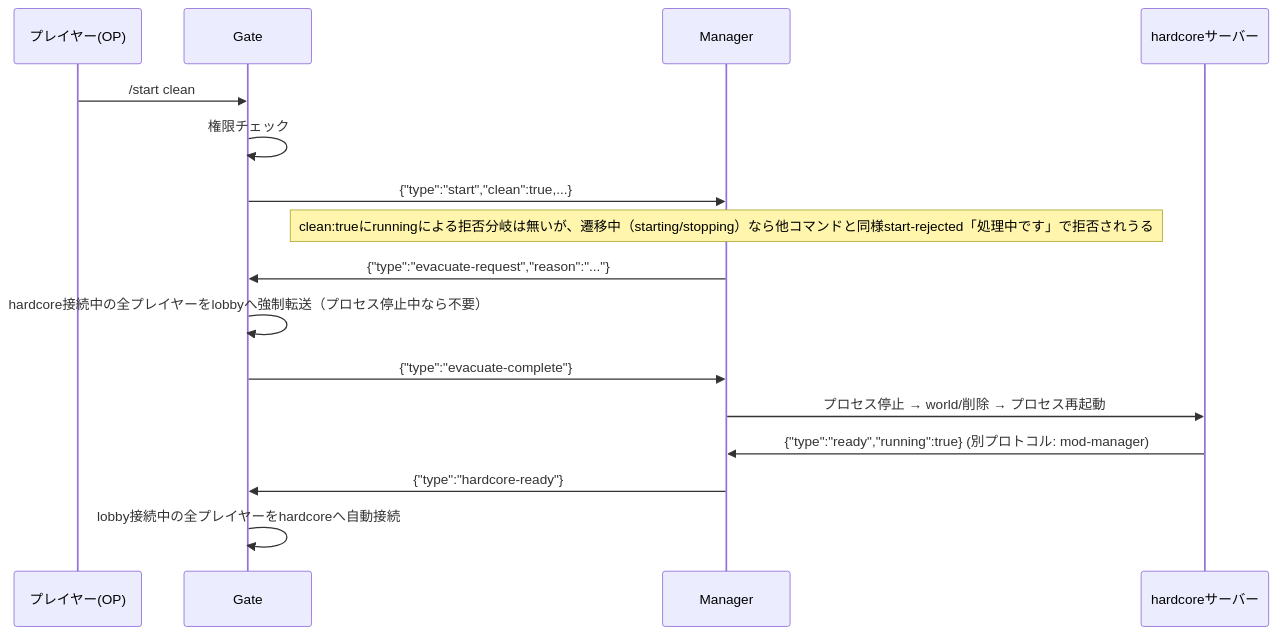
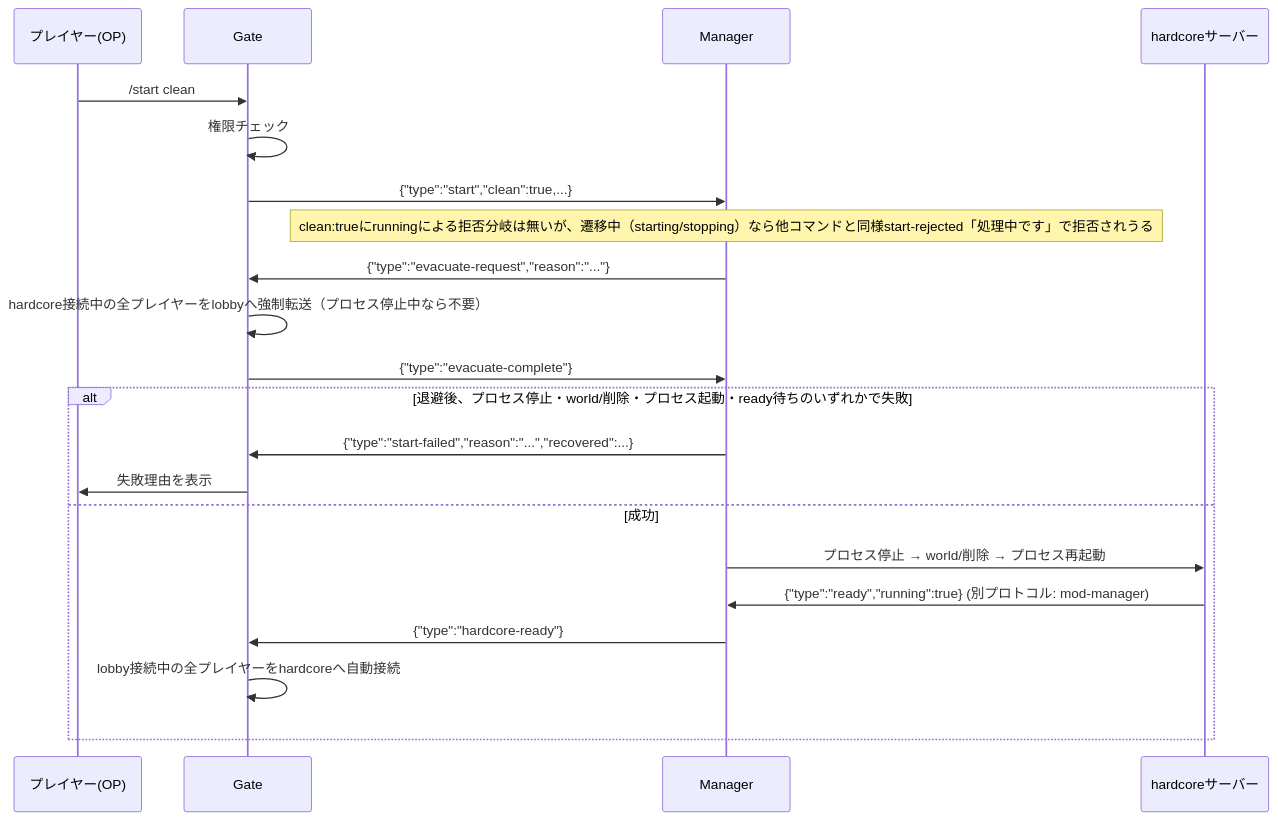
Before and after one commit to RayLight1732/hardcore-together-manager: the first of 4 diagrams in docs/protocol-gate-manager.md, drawn with Mermaid. The commit also changed other lines of this file and 2 other files, not shown here.

Commit message:
docs: hardcore-together-docsから同期 (#15)

````diff
--- a/docs/protocol-gate-manager.md
+++ b/docs/protocol-gate-manager.md
@@ -218,19 +268,24 @@
 ```mermaid
 sequenceDiagram
     participant P as プレイヤー(OP)
     participant G as Gate
     participant M as Manager
     participant H as hardcoreサーバー
 
     P->>G: /start clean
     G->>G: 権限チェック
     G->>M: {"type":"start","clean":true,...}
     Note over M: clean:trueにrunningによる拒否分岐は無いが、遷移中（starting/stopping）なら他コマンドと同様start-rejected「処理中です」で拒否されうる
     M->>G: {"type":"evacuate-request","reason":"..."}
     G->>G: hardcore接続中の全プレイヤーをlobbyへ強制転送（プロセス停止中なら不要）
     G->>M: {"type":"evacuate-complete"}
-    M->>H: プロセス停止 → world/削除 → プロセス再起動
-    H->>M: {"type":"ready","running":true}  (別プロトコル: mod-manager)
-    M->>G: {"type":"hardcore-ready"}
-    G->>G: lobby接続中の全プレイヤーをhardcoreへ自動接続
+    alt 退避後、プロセス停止・world/削除・プロセス起動・ready待ちのいずれかで失敗
+        M->>G: {"type":"start-failed","reason":"...","recovered":...}
+        G->>P: 失敗理由を表示
+    else 成功
+        M->>H: プロセス停止 → world/削除 → プロセス再起動
+        H->>M: {"type":"ready","running":true}  (別プロトコル: mod-manager)
+        M->>G: {"type":"hardcore-ready"}
+        G->>G: lobby接続中の全プレイヤーをhardcoreへ自動接続
+    end
 ```
````
